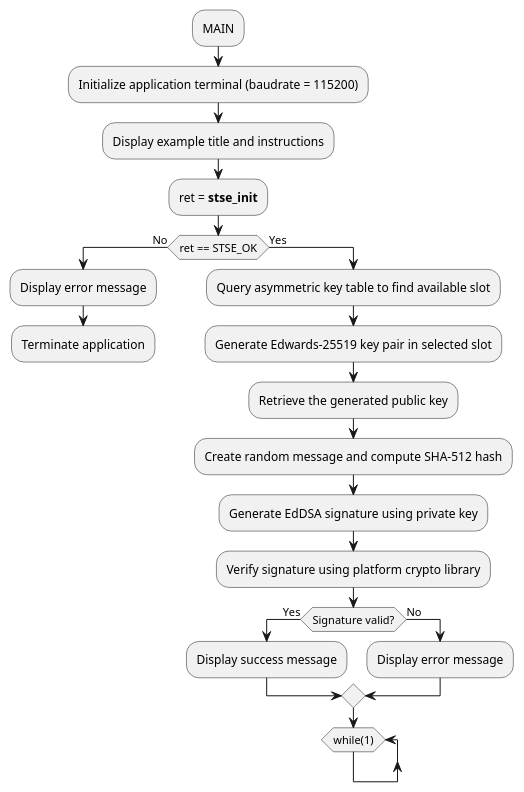
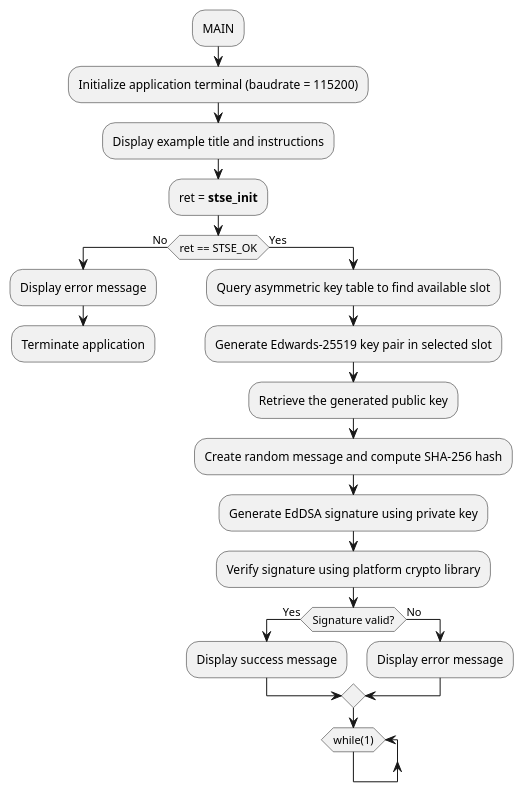
One commit to STMicroelectronics/stsafe-a120-sdk changed the diagram in Documentation/resources/Markdown/03_Project_examples_description/Key_pair_generation_EDWARDS_25519/STSAFE-A120_Key_pair_generation_EDWARDS_25519.md. Above: the diagram before and after it, drawn with PlantUML. The commit also changed other lines of this file and 11 other files, not shown here.

```diff
--- a/Documentation/resources/Markdown/03_Project_examples_description/Key_pair_generation_EDWARDS_25519/STSAFE-A120_Key_pair_generation_EDWARDS_25519.md
+++ b/Documentation/resources/Markdown/03_Project_examples_description/Key_pair_generation_EDWARDS_25519/STSAFE-A120_Key_pair_generation_EDWARDS_25519.md
@@ -11,28 +13,28 @@
 @startuml{Key_pair_generation_EDWARDS_25519_flowchart.png} "Edwards-25519 Key Pair Generation flowchart" width=5cm
 	:MAIN;
 	:Initialize application terminal (baudrate = 115200);
 	:Display example title and instructions;
 	:ret = <b>stse_init</b>;
 	if(ret == STSE_OK) then (No)
 	:Display error message;
 	:Terminate application;
 	-[hidden]->
 	detach
 	else (Yes)
 	:Query asymmetric key table to find available slot;
 	:Generate Edwards-25519 key pair in selected slot;
 	:Retrieve the generated public key;
-	:Create random message and compute SHA-512 hash;
+	:Create random message and compute SHA-256 hash;
 	:Generate EdDSA signature using private key;
 	:Verify signature using platform crypto library;
 	if(Signature valid?) then (Yes)
 	:Display success message;
 	else (No)
 	:Display error message;
 	endif
 	while (while(1))
 	end while
 	-[hidden]->
 	detach
 	endif
 @enduml
```
